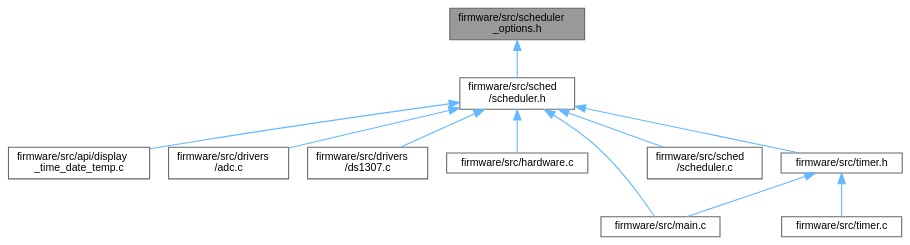
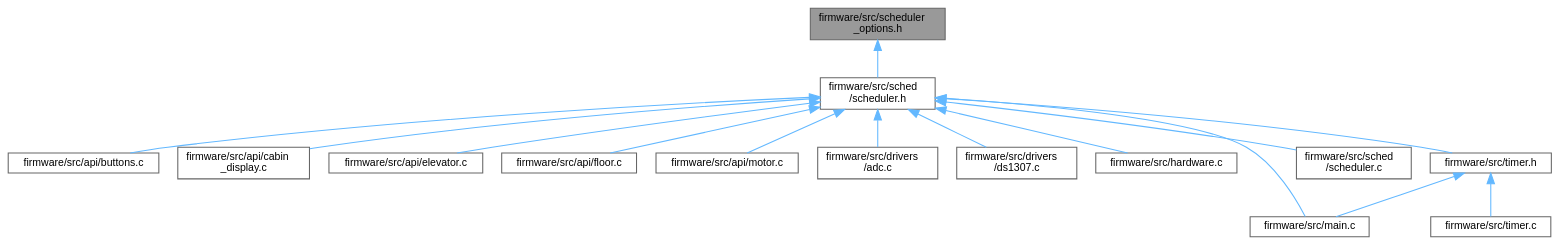
Before and after one commit to Ghaadyy/elevator-controller: the diagram in scheduler__options_8h__dep__incl.dot, drawn with Graphviz. The commit also changed 651 other files, not shown here.

```diff
--- a/scheduler__options_8h__dep__incl.dot
+++ b/scheduler__options_8h__dep__incl.dot
@@ -1,27 +1,35 @@
 digraph "firmware/src/scheduler_options.h"
 {
  // LATEX_PDF_SIZE
   bgcolor="transparent";
   edge [fontname=Helvetica,fontsize=10,labelfontname=Helvetica,labelfontsize=10];
   node [fontname=Helvetica,fontsize=10,shape=box,height=0.2,width=0.4];
   Node1 [id="Node000001",label="firmware/src/scheduler\l_options.h",height=0.2,width=0.4,color="gray40", fillcolor="grey60", style="filled", fontcolor="black",tooltip=" "];
   Node1 -> Node2 [id="edge1_Node000001_Node000002",dir="back",color="steelblue1",style="solid",tooltip=" "];
   Node2 [id="Node000002",label="firmware/src/sched\l/scheduler.h",height=0.2,width=0.4,color="grey40", fillcolor="white", style="filled",URL="$scheduler_8h.html",tooltip=" "];
   Node2 -> Node3 [id="edge2_Node000002_Node000003",dir="back",color="steelblue1",style="solid",tooltip=" "];
-  Node3 [id="Node000003",label="firmware/src/api/display\l_time_date_temp.c",height=0.2,width=0.4,color="grey40", fillcolor="white", style="filled",URL="$display__time__date__temp_8c.html",tooltip=" "];
+  Node3 [id="Node000003",label="firmware/src/api/buttons.c",height=0.2,width=0.4,color="grey40", fillcolor="white", style="filled",URL="$buttons_8c.html",tooltip=" "];
   Node2 -> Node4 [id="edge3_Node000002_Node000004",dir="back",color="steelblue1",style="solid",tooltip=" "];
-  Node4 [id="Node000004",label="firmware/src/drivers\l/adc.c",height=0.2,width=0.4,color="grey40", fillcolor="white", style="filled",URL="$adc_8c.html",tooltip=" "];
+  Node4 [id="Node000004",label="firmware/src/api/cabin\l_display.c",height=0.2,width=0.4,color="grey40", fillcolor="white", style="filled",URL="$cabin__display_8c.html",tooltip=" "];
   Node2 -> Node5 [id="edge4_Node000002_Node000005",dir="back",color="steelblue1",style="solid",tooltip=" "];
-  Node5 [id="Node000005",label="firmware/src/drivers\l/ds1307.c",height=0.2,width=0.4,color="grey40", fillcolor="white", style="filled",URL="$ds1307_8c.html",tooltip=" "];
+  Node5 [id="Node000005",label="firmware/src/api/elevator.c",height=0.2,width=0.4,color="grey40", fillcolor="white", style="filled",URL="$elevator_8c.html",tooltip="The scheduler for the elevator."];
   Node2 -> Node6 [id="edge5_Node000002_Node000006",dir="back",color="steelblue1",style="solid",tooltip=" "];
-  Node6 [id="Node000006",label="firmware/src/hardware.c",height=0.2,width=0.4,color="grey40", fillcolor="white", style="filled",URL="$hardware_8c.html",tooltip=" "];
+  Node6 [id="Node000006",label="firmware/src/api/floor.c",height=0.2,width=0.4,color="grey40", fillcolor="white", style="filled",URL="$floor_8c.html",tooltip="Implementation of the floor monitor API."];
   Node2 -> Node7 [id="edge6_Node000002_Node000007",dir="back",color="steelblue1",style="solid",tooltip=" "];
-  Node7 [id="Node000007",label="firmware/src/main.c",height=0.2,width=0.4,color="grey40", fillcolor="white", style="filled",URL="$main_8c.html",tooltip=" "];
+  Node7 [id="Node000007",label="firmware/src/api/motor.c",height=0.2,width=0.4,color="grey40", fillcolor="white", style="filled",URL="$motor_8c.html",tooltip=" "];
   Node2 -> Node8 [id="edge7_Node000002_Node000008",dir="back",color="steelblue1",style="solid",tooltip=" "];
-  Node8 [id="Node000008",label="firmware/src/sched\l/scheduler.c",height=0.2,width=0.4,color="grey40", fillcolor="white", style="filled",URL="$scheduler_8c.html",tooltip="Co-operative scheduler."];
+  Node8 [id="Node000008",label="firmware/src/drivers\l/adc.c",height=0.2,width=0.4,color="grey40", fillcolor="white", style="filled",URL="$adc_8c.html",tooltip=" "];
   Node2 -> Node9 [id="edge8_Node000002_Node000009",dir="back",color="steelblue1",style="solid",tooltip=" "];
-  Node9 [id="Node000009",label="firmware/src/timer.h",height=0.2,width=0.4,color="grey40", fillcolor="white", style="filled",URL="$timer_8h.html",tooltip=" "];
-  Node9 -> Node7 [id="edge9_Node000009_Node000007",dir="back",color="steelblue1",style="solid",tooltip=" "];
-  Node9 -> Node10 [id="edge10_Node000009_Node000010",dir="back",color="steelblue1",style="solid",tooltip=" "];
-  Node10 [id="Node000010",label="firmware/src/timer.c",height=0.2,width=0.4,color="grey40", fillcolor="white", style="filled",URL="$timer_8c.html",tooltip=" "];
+  Node9 [id="Node000009",label="firmware/src/drivers\l/ds1307.c",height=0.2,width=0.4,color="grey40", fillcolor="white", style="filled",URL="$ds1307_8c.html",tooltip=" "];
+  Node2 -> Node10 [id="edge9_Node000002_Node000010",dir="back",color="steelblue1",style="solid",tooltip=" "];
+  Node10 [id="Node000010",label="firmware/src/hardware.c",height=0.2,width=0.4,color="grey40", fillcolor="white", style="filled",URL="$hardware_8c.html",tooltip=" "];
+  Node2 -> Node11 [id="edge10_Node000002_Node000011",dir="back",color="steelblue1",style="solid",tooltip=" "];
+  Node11 [id="Node000011",label="firmware/src/main.c",height=0.2,width=0.4,color="grey40", fillcolor="white", style="filled",URL="$main_8c.html",tooltip=" "];
+  Node2 -> Node12 [id="edge11_Node000002_Node000012",dir="back",color="steelblue1",style="solid",tooltip=" "];
+  Node12 [id="Node000012",label="firmware/src/sched\l/scheduler.c",height=0.2,width=0.4,color="grey40", fillcolor="white", style="filled",URL="$scheduler_8c.html",tooltip="Co-operative scheduler."];
+  Node2 -> Node13 [id="edge12_Node000002_Node000013",dir="back",color="steelblue1",style="solid",tooltip=" "];
+  Node13 [id="Node000013",label="firmware/src/timer.h",height=0.2,width=0.4,color="grey40", fillcolor="white", style="filled",URL="$timer_8h.html",tooltip=" "];
+  Node13 -> Node11 [id="edge13_Node000013_Node000011",dir="back",color="steelblue1",style="solid",tooltip=" "];
+  Node13 -> Node14 [id="edge14_Node000013_Node000014",dir="back",color="steelblue1",style="solid",tooltip=" "];
+  Node14 [id="Node000014",label="firmware/src/timer.c",height=0.2,width=0.4,color="grey40", fillcolor="white", style="filled",URL="$timer_8c.html",tooltip=" "];
 }
```
